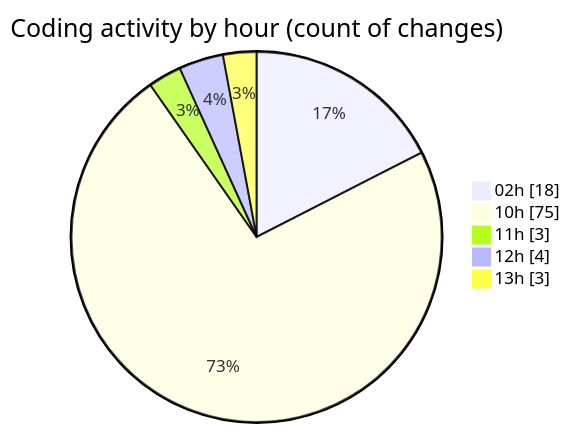
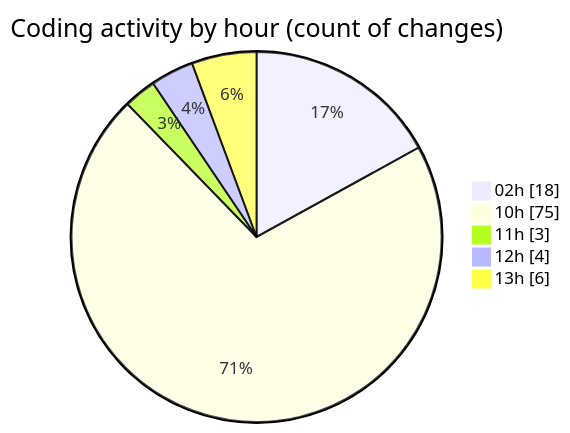
One commit to shibass792/code-tracking changed the second of 2 diagrams in 2026-07-08/twenty_versions_aminor/README.md. Above: the diagram before and after it, drawn with Mermaid. The commit also changed other lines of this file and 1 other file, not shown here.

````diff
--- a/2026-07-08/twenty_versions_aminor/README.md
+++ b/2026-07-08/twenty_versions_aminor/README.md
@@ -33,9 +33,9 @@
 ```mermaid
 pie showData
 title Coding activity by hour (count of changes)
 "02h" : 18
 "10h" : 75
 "11h" : 3
 "12h" : 4
-"13h" : 3
+"13h" : 6
 ```
````
